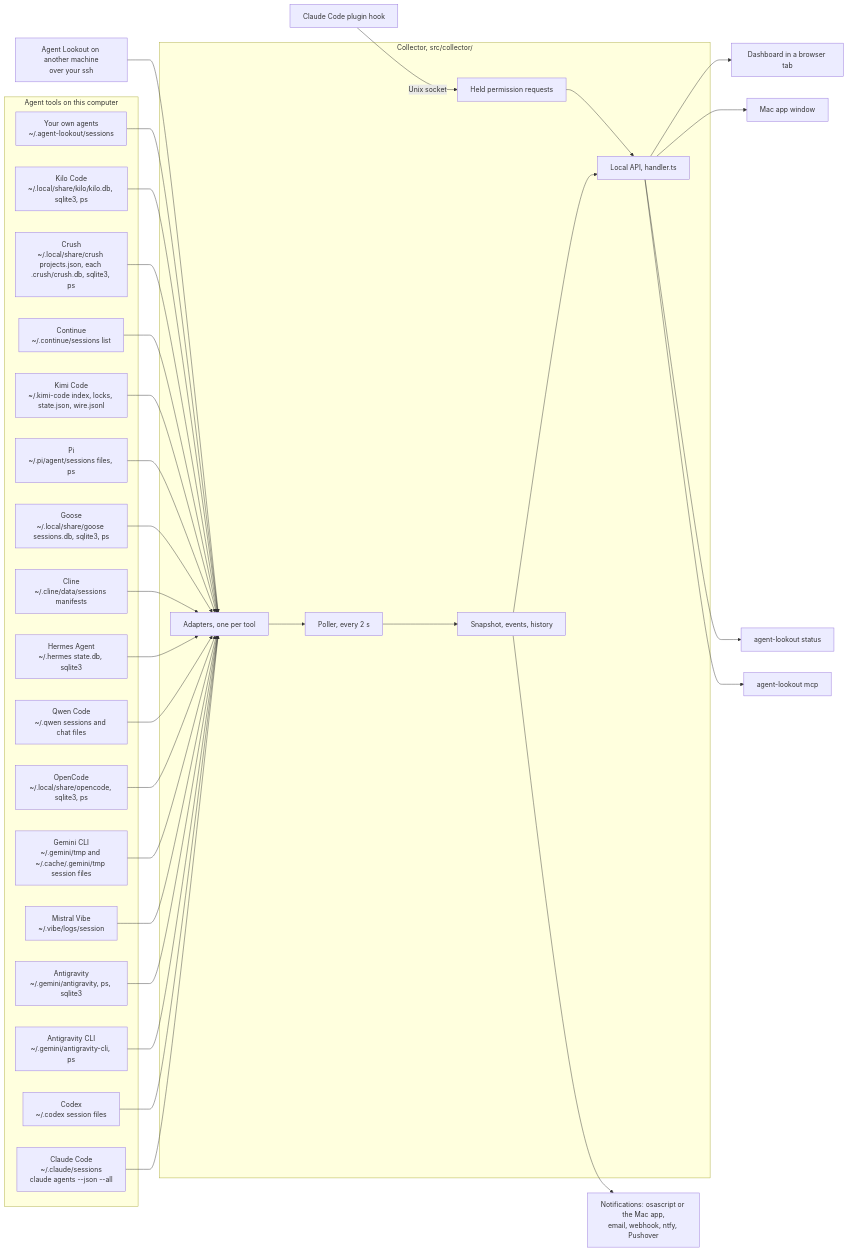
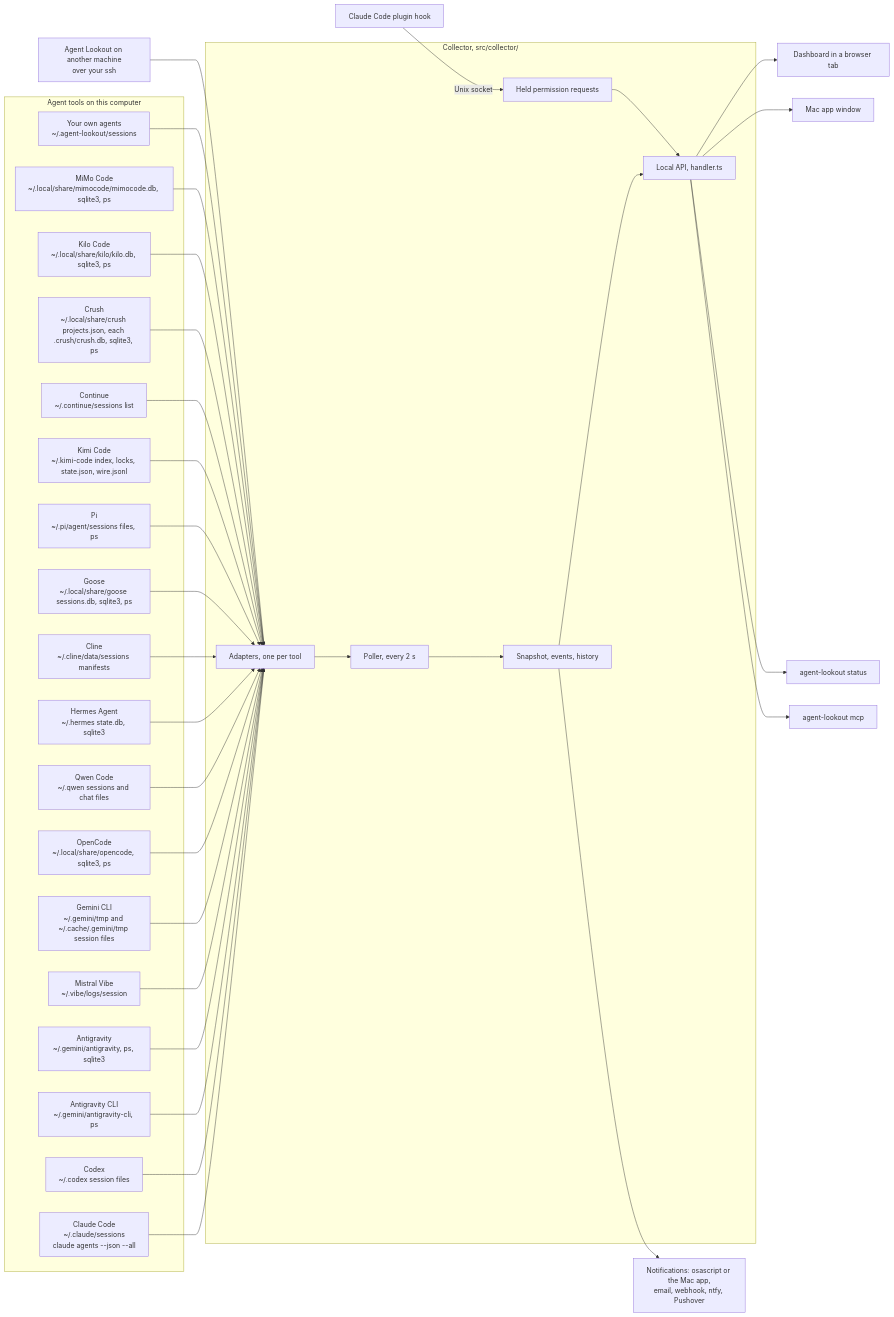
The first of 4 diagrams in docs/TOUR.md (Olanetsoft/agent-lookout), drawn with Mermaid before and after one commit. The commit also changed other lines of this file and 67 other files, not shown here.

````diff
--- a/docs/TOUR.md
+++ b/docs/TOUR.md
@@ -29,57 +29,59 @@
 ```mermaid
 flowchart LR
   subgraph tools["Agent tools on this computer"]
     cc["Claude Code<br/>~/.claude/sessions<br/>claude agents --json --all"]
     cx["Codex<br/>~/.codex session files"]
     ag["Antigravity CLI<br/>~/.gemini/antigravity-cli, ps"]
     aa["Antigravity<br/>~/.gemini/antigravity, ps, sqlite3"]
     mv["Mistral Vibe<br/>~/.vibe/logs/session"]
     gc["Gemini CLI<br/>~/.gemini/tmp and ~/.cache/.gemini/tmp session files"]
     oc["OpenCode<br/>~/.local/share/opencode, sqlite3, ps"]
     qw["Qwen Code<br/>~/.qwen sessions and chat files"]
     ha["Hermes Agent<br/>~/.hermes state.db, sqlite3"]
     cl["Cline<br/>~/.cline/data/sessions manifests"]
     gs["Goose<br/>~/.local/share/goose sessions.db, sqlite3, ps"]
     pi["Pi<br/>~/.pi/agent/sessions files, ps"]
     kc["Kimi Code<br/>~/.kimi-code index, locks, state.json, wire.jsonl"]
     cn["Continue<br/>~/.continue/sessions list"]
     cr["Crush<br/>~/.local/share/crush projects.json, each .crush/crush.db, sqlite3, ps"]
     kl["Kilo Code<br/>~/.local/share/kilo/kilo.db, sqlite3, ps"]
+    mm["MiMo Code<br/>~/.local/share/mimocode/mimocode.db, sqlite3, ps"]
     sf["Your own agents<br/>~/.agent-lookout/sessions"]
   end
   remote["Agent Lookout on another machine<br/>over your ssh"]
   plugin["Claude Code plugin hook"]
   subgraph collector["Collector, src/collector/"]
     adapters["Adapters, one per tool"]
     poller["Poller, every 2 s"]
     snap["Snapshot, events, history"]
     api["Local API, handler.ts"]
     held["Held permission requests"]
   end
   cc --> adapters
   cx --> adapters
   ag --> adapters
   aa --> adapters
   mv --> adapters
   gc --> adapters
   oc --> adapters
   qw --> adapters
   ha --> adapters
   cl --> adapters
   gs --> adapters
   pi --> adapters
   kc --> adapters
   cn --> adapters
   cr --> adapters
   kl --> adapters
+  mm --> adapters
   sf --> adapters
   remote --> adapters
   plugin -->|"Unix socket"| held
   adapters --> poller --> snap --> api
   held --> api
   api --> page["Dashboard in a browser tab"]
   api --> mac["Mac app window"]
   api --> status["agent-lookout status"]
   api --> mcp["agent-lookout mcp"]
   snap --> channels["Notifications: osascript or the Mac app,<br/>email, webhook, ntfy, Pushover"]
 ```
````
